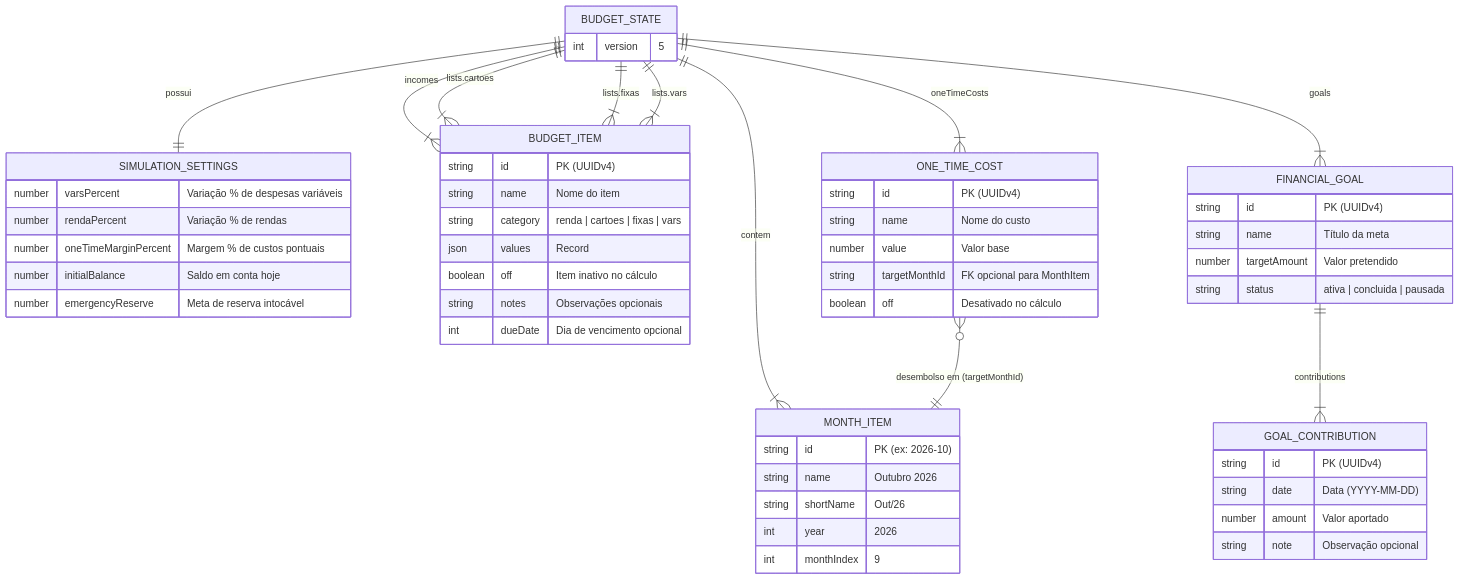
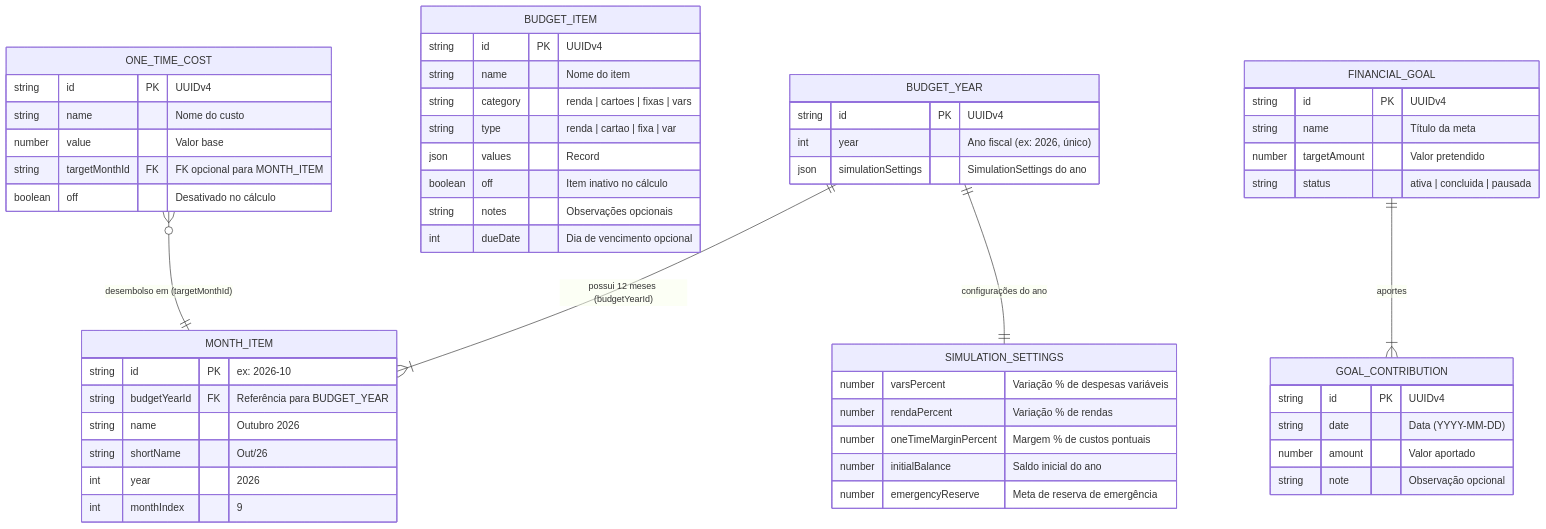
Before and after one commit to gildo-cordeiro/fin-plan: the second of 2 diagrams in docs/ARCHITECTURE.md, drawn with Mermaid. The commit also changed other lines of this file and 52 other files, not shown here.

````diff
--- a/docs/ARCHITECTURE.md
+++ b/docs/ARCHITECTURE.md
@@ -134,65 +139,56 @@
 ```mermaid
 erDiagram
-    BUDGET_STATE ||--|{ MONTH_ITEM : contem
-    BUDGET_STATE ||--|| SIMULATION_SETTINGS : possui
-    BUDGET_STATE ||--|{ BUDGET_ITEM : "incomes"
-    BUDGET_STATE ||--|{ BUDGET_ITEM : "lists.cartoes"
-    BUDGET_STATE ||--|{ BUDGET_ITEM : "lists.fixas"
-    BUDGET_STATE ||--|{ BUDGET_ITEM : "lists.vars"
-    BUDGET_STATE ||--|{ ONE_TIME_COST : "oneTimeCosts"
-    BUDGET_STATE ||--|{ FINANCIAL_GOAL : "goals"
-    FINANCIAL_GOAL ||--|{ GOAL_CONTRIBUTION : "contributions"
-    ONE_TIME_COST }o--|| MONTH_ITEM : "desembolso em (targetMonthId)"
-
-    BUDGET_STATE {
-        int version "5"
+    BUDGET_YEAR ||--|{ MONTH_ITEM : "possui 12 meses (budgetYearId)"
+    BUDGET_YEAR ||--|| SIMULATION_SETTINGS : "configurações do ano"
+    BUDGET_ITEM {
+        string id PK "UUIDv4"
+        string name "Nome do item"
+        string category "renda | cartoes | fixas | vars"
+        string type "renda | cartao | fixa | var"
+        json values "Record<monthId, number>"
+        boolean off "Item inativo no cálculo"
+        string notes "Observações opcionais"
+        int dueDate "Dia de vencimento opcional"
     }
-
+    BUDGET_YEAR {
+        string id PK "UUIDv4"
+        int year "Ano fiscal (ex: 2026, único)"
+        json simulationSettings "SimulationSettings do ano"
+    }
     MONTH_ITEM {
-        string id "PK (ex: 2026-10)"
+        string id PK "ex: 2026-10"
+        string budgetYearId FK "Referência para BUDGET_YEAR"
         string name "Outubro 2026"
         string shortName "Out/26"
         int year "2026"
         int monthIndex "9"
     }
-
-    BUDGET_ITEM {
-        string id "PK (UUIDv4)"
-        string name "Nome do item"
-        string category "renda | cartoes | fixas | vars"
-        json values "Record<monthId, number>"
-        boolean off "Item inativo no cálculo"
-        string notes "Observações opcionais"
-        int dueDate "Dia de vencimento opcional"
-    }
-
     ONE_TIME_COST {
-        string id "PK (UUIDv4)"
+        string id PK "UUIDv4"
         string name "Nome do custo"
         number value "Valor base"
-        string targetMonthId "FK opcional para MonthItem"
+        string targetMonthId FK "FK opcional para MONTH_ITEM"
         boolean off "Desativado no cálculo"
     }
-
     SIMULATION_SETTINGS {
         number varsPercent "Variação % de despesas variáveis"
         number rendaPercent "Variação % de rendas"
         number oneTimeMarginPercent "Margem % de custos pontuais"
-        number initialBalance "Saldo em conta hoje"
-        number emergencyReserve "Meta de reserva intocável"
+        number initialBalance "Saldo inicial do ano"
+        number emergencyReserve "Meta de reserva de emergência"
     }
-
     FINANCIAL_GOAL {
-        string id "PK (UUIDv4)"
+        string id PK "UUIDv4"
         string name "Título da meta"
         number targetAmount "Valor pretendido"
         string status "ativa | concluida | pausada"
     }
-
+    FINANCIAL_GOAL ||--|{ GOAL_CONTRIBUTION : "aportes"
     GOAL_CONTRIBUTION {
-        string id "PK (UUIDv4)"
+        string id PK "UUIDv4"
         string date "Data (YYYY-MM-DD)"
         number amount "Valor aportado"
         string note "Observação opcional"
     }
+    ONE_TIME_COST }o--|| MONTH_ITEM : "desembolso em (targetMonthId)"
 ```
````
